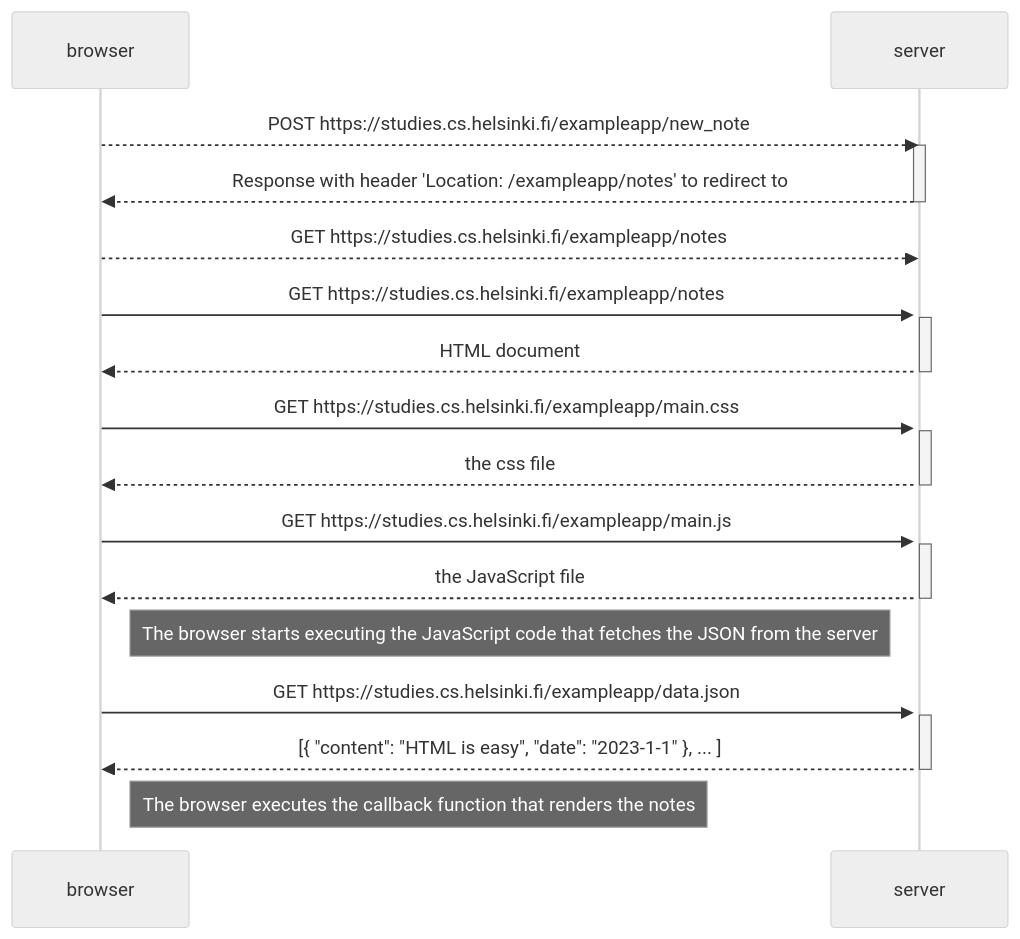
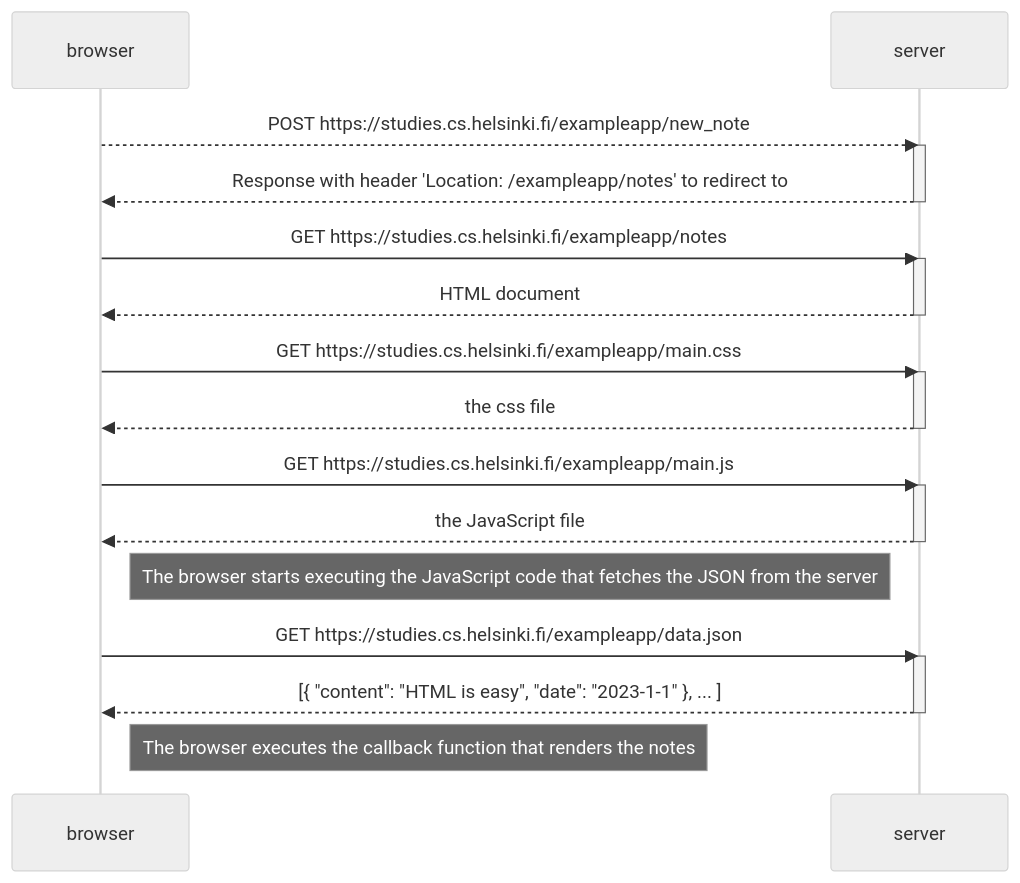
One commit to noman-s/Full-Stack-Open changed the diagram in part0/exercise0-4-new-note-diagram.md. Above: the diagram before and after it, drawn with Mermaid (neutral theme). The commit also changed other lines of this file, not shown here.

Commit message:
removve repeated request

````diff
--- a/part0/exercise0-4-new-note-diagram.md
+++ b/part0/exercise0-4-new-note-diagram.md
@@ -38,36 +36,34 @@
 ```mermaid
 sequenceDiagram
     participant browser
     participant server
 
     browser-->>server: POST https://studies.cs.helsinki.fi/exampleapp/new_note
     activate server
     server-->>browser: Response with header 'Location: /exampleapp/notes' to redirect to
     deactivate server
 
-    browser-->>server: GET https://studies.cs.helsinki.fi/exampleapp/notes
-    activate server
     browser->>server: GET https://studies.cs.helsinki.fi/exampleapp/notes
     activate server
     server-->>browser: HTML document
     deactivate server
 
     browser->>server: GET https://studies.cs.helsinki.fi/exampleapp/main.css
     activate server
     server-->>browser: the css file
     deactivate server
 
     browser->>server: GET https://studies.cs.helsinki.fi/exampleapp/main.js
     activate server
     server-->>browser: the JavaScript file
     deactivate server
 
     Note right of browser: The browser starts executing the JavaScript code that fetches the JSON from the server
 
     browser->>server: GET https://studies.cs.helsinki.fi/exampleapp/data.json
     activate server
     server-->>browser: [{ "content": "HTML is easy", "date": "2023-1-1" }, ... ]
     deactivate server
 
     Note right of browser: The browser executes the callback function that renders the notes
 ```
````
